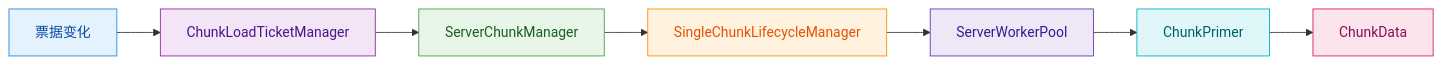
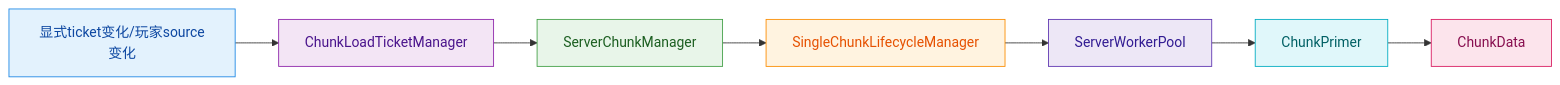
The diagram in src/common/world/chunk/README.md (g122622/Cubium), drawn with Mermaid before and after one commit. The commit also changed other lines of this file and 6 other files, not shown here.

````diff
--- a/src/common/world/chunk/README.md
+++ b/src/common/world/chunk/README.md
@@ -482,17 +487,17 @@
 ```mermaid
 flowchart LR
-    A[票据变化] --> B[ChunkLoadTicketManager]
+    A[显式ticket变化/玩家source变化] --> B[ChunkLoadTicketManager]
     B --> C[ServerChunkManager]
     C --> D[SingleChunkLifecycleManager]
     D --> E[ServerWorkerPool]
     E --> F[ChunkPrimer]
     F --> G[ChunkData]
 
     style A fill:#e3f2fd,stroke:#1e88e5,color:#0d47a1
     style B fill:#f3e5f5,stroke:#8e24aa,color:#4a148c
     style C fill:#e8f5e9,stroke:#43a047,color:#1b5e20
     style D fill:#fff3e0,stroke:#fb8c00,color:#e65100
     style E fill:#ede7f6,stroke:#5e35b1,color:#311b92
     style F fill:#e0f7fa,stroke:#00acc1,color:#006064
     style G fill:#fce4ec,stroke:#d81b60,color:#880e4f
 ```
````
